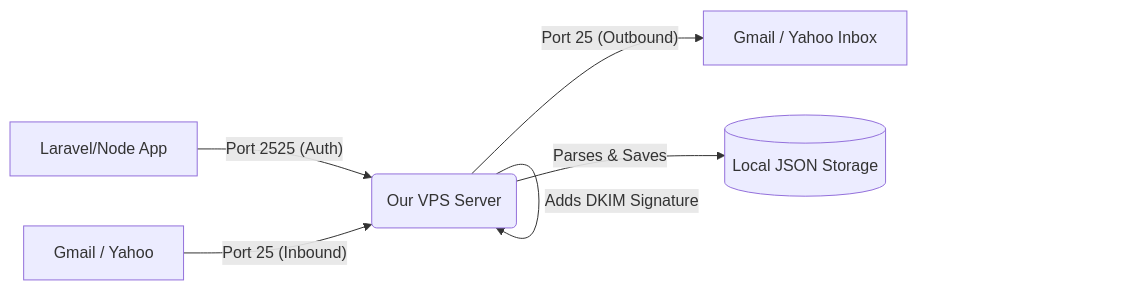
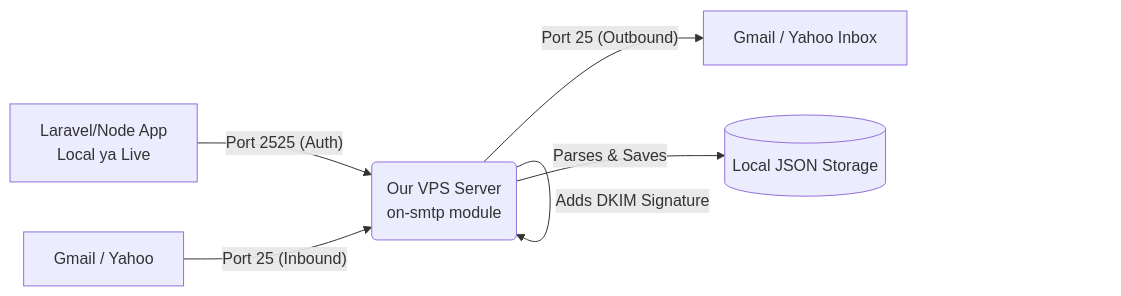
The first of 3 diagrams in README.md (HassanAmeer/temp-email-vps), drawn with Mermaid before and after one commit. The commit also changed 1 other file, not shown here.

Commit message:
docs: make flowcharts more explicit about live/local environments and ports

````diff
--- a/README.md
+++ b/README.md
@@ -21,9 +21,9 @@
 ```mermaid
 graph LR
-    A[Laravel/Node App] -- "Port 2525 (Auth)" --> B(Our VPS Server)
+    A[Laravel/Node App<br>Local ya Live] -- "Port 2525 (Auth)" --> B(Our VPS Server<br>on-smtp module)
     B -- "Adds DKIM Signature" --> B
     B -- "Port 25 (Outbound)" --> C[Gmail / Yahoo Inbox]
     
     D[Gmail / Yahoo] -- "Port 25 (Inbound)" --> B
     B -- "Parses & Saves" --> E[(Local JSON Storage)]
 ```
````
